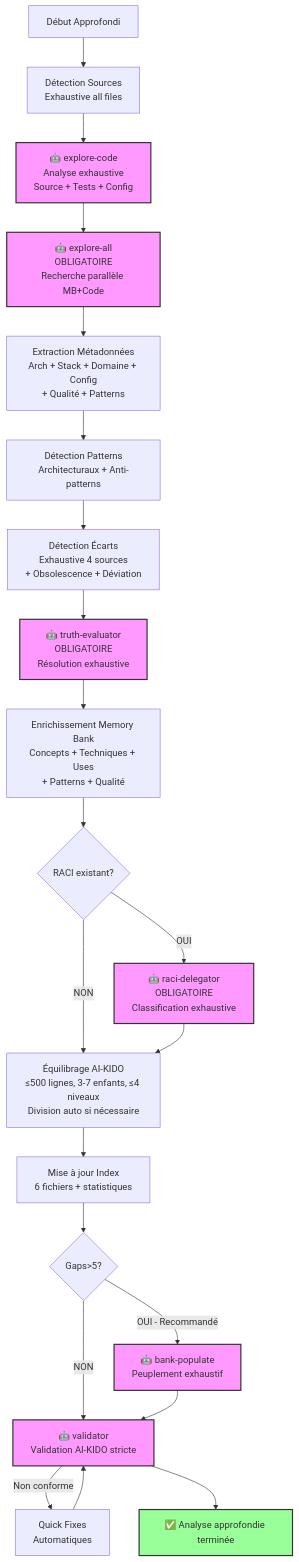
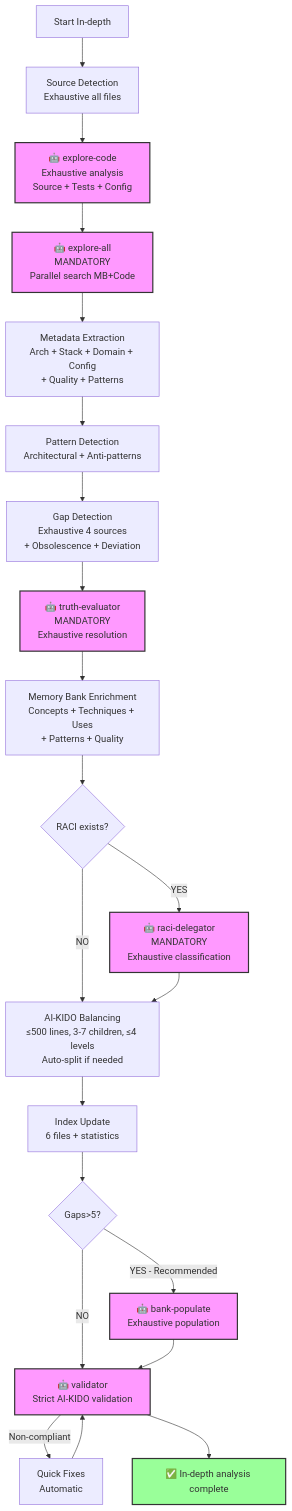
The first of 3 diagrams in prompts/hard_points/system/analyse/plans/plan-approfondi.md (lcalmejane/aikido), drawn with Mermaid before and after one commit. The commit also changed other lines of this file and 159 other files, not shown here.

````diff
--- a/prompts/hard_points/system/analyse/plans/plan-approfondi.md
+++ b/prompts/hard_points/system/analyse/plans/plan-approfondi.md
@@ -284,44 +284,44 @@
 ```mermaid
 graph TB
-    START[Début Approfondi] --> DETECT[Détection Sources<br/>Exhaustive all files]
-    DETECT --> SCAN[🤖 explore-code<br/>Analyse exhaustive<br/>Source + Tests + Config]
+    START[Start In-depth] --> DETECT[Source Detection<br/>Exhaustive all files]
+    DETECT --> SCAN[🤖 explore-code<br/>Exhaustive analysis<br/>Source + Tests + Config]
 
-    SCAN --> PARALLEL[🤖 explore-all<br/>OBLIGATOIRE<br/>Recherche parallèle MB+Code]
+    SCAN --> PARALLEL[🤖 explore-all<br/>MANDATORY<br/>Parallel search MB+Code]
 
-    PARALLEL --> EXTRACT[Extraction Métadonnées<br/>Arch + Stack + Domaine + Config<br/>+ Qualité + Patterns]
+    PARALLEL --> EXTRACT[Metadata Extraction<br/>Arch + Stack + Domain + Config<br/>+ Quality + Patterns]
 
-    EXTRACT --> PATTERNS[Détection Patterns<br/>Architecturaux + Anti-patterns]
+    EXTRACT --> PATTERNS[Pattern Detection<br/>Architectural + Anti-patterns]
 
-    PATTERNS --> GAPS[Détection Écarts<br/>Exhaustive 4 sources<br/>+ Obsolescence + Déviation]
+    PATTERNS --> GAPS[Gap Detection<br/>Exhaustive 4 sources<br/>+ Obsolescence + Deviation]
 
-    GAPS --> TRUTH[🤖 truth-evaluator<br/>OBLIGATOIRE<br/>Résolution exhaustive]
+    GAPS --> TRUTH[🤖 truth-evaluator<br/>MANDATORY<br/>Exhaustive resolution]
 
-    TRUTH --> ENRICH[Enrichissement Memory Bank<br/>Concepts + Techniques + Uses<br/>+ Patterns + Qualité]
+    TRUTH --> ENRICH[Memory Bank Enrichment<br/>Concepts + Techniques + Uses<br/>+ Patterns + Quality]
 
-    ENRICH --> RACI{RACI existant?}
-    RACI -->|OUI| CLASSIFY[🤖 raci-delegator<br/>OBLIGATOIRE<br/>Classification exhaustive]
-    RACI -->|NON| BALANCE
+    ENRICH --> RACI{RACI exists?}
+    RACI -->|YES| CLASSIFY[🤖 raci-delegator<br/>MANDATORY<br/>Exhaustive classification]
+    RACI -->|NO| BALANCE
 
-    CLASSIFY --> BALANCE[Équilibrage AI-KIDO<br/>≤500 lignes, 3-7 enfants, ≤4 niveaux<br/>Division auto si nécessaire]
+    CLASSIFY --> BALANCE[AI-KIDO Balancing<br/>≤500 lines, 3-7 children, ≤4 levels<br/>Auto-split if needed]
 
-    BALANCE --> INDEX[Mise à jour Index<br/>6 fichiers + statistiques]
+    BALANCE --> INDEX[Index Update<br/>6 files + statistics]
 
     INDEX --> POPULATE{Gaps>5?}
-    POPULATE -->|OUI - Recommandé| BANKPOP[🤖 bank-populate<br/>Peuplement exhaustif]
-    POPULATE -->|NON| VALIDATE
+    POPULATE -->|YES - Recommended| BANKPOP[🤖 bank-populate<br/>Exhaustive population]
+    POPULATE -->|NO| VALIDATE
 
-    BANKPOP --> VALIDATE[🤖 validator<br/>Validation AI-KIDO stricte]
+    BANKPOP --> VALIDATE[🤖 validator<br/>Strict AI-KIDO validation]
 
-    VALIDATE -->|Non conforme| FIX[Quick Fixes<br/>Automatiques]
+    VALIDATE -->|Non-compliant| FIX[Quick Fixes<br/>Automatic]
     FIX --> VALIDATE
 
-    VALIDATE --> END[✅ Analyse approfondie terminée]
+    VALIDATE --> END[✅ In-depth analysis complete]
 
     style SCAN fill:#f9f,stroke:#333,stroke-width:2px
     style PARALLEL fill:#f9f,stroke:#333,stroke-width:2px
     style TRUTH fill:#f9f,stroke:#333,stroke-width:2px
     style CLASSIFY fill:#f9f,stroke:#333,stroke-width:2px
     style BANKPOP fill:#f9f,stroke:#333,stroke-width:2px
     style VALIDATE fill:#f9f,stroke:#333,stroke-width:2px
     style END fill:#9f9,stroke:#333,stroke-width:2px
 ```
````
